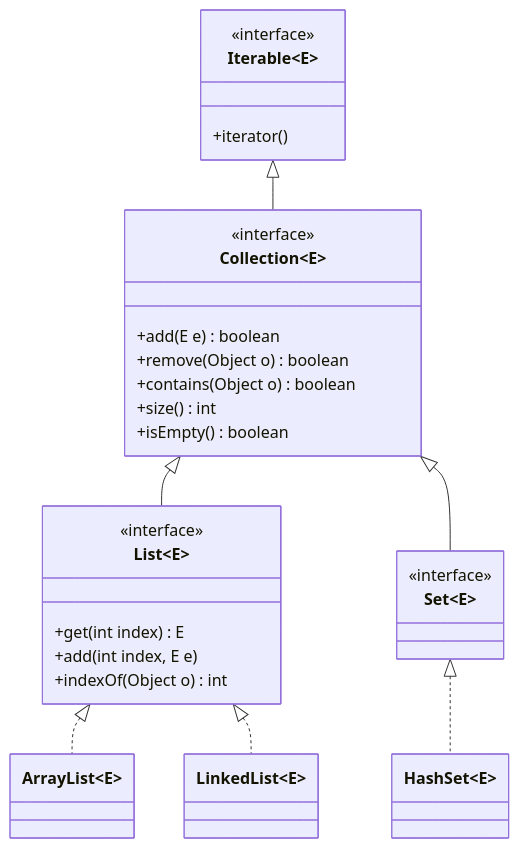
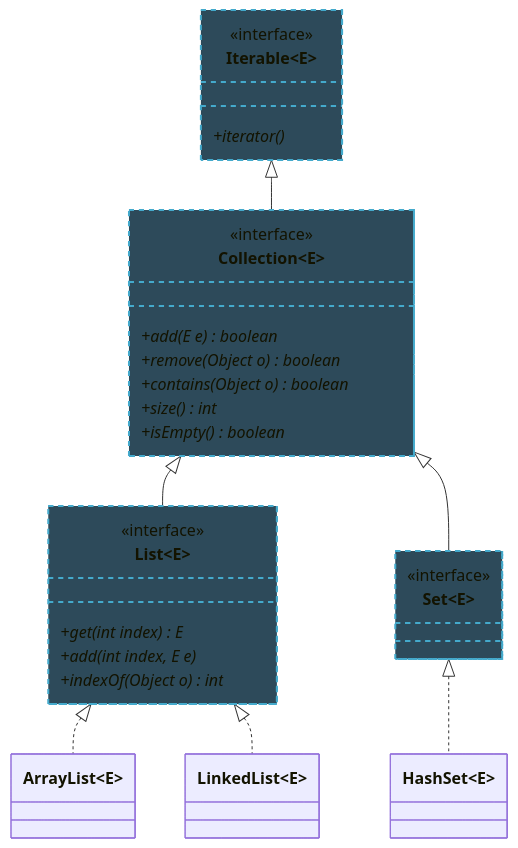
One commit to neu-pdi/cs3100-public-resources changed the second of 3 diagrams in lecture-slides/l3-more-java.mdx. Above: the diagram before and after it, drawn with Mermaid. The commit also changed other lines of this file and 8 other files, not shown here.

````diff
--- a/lecture-slides/l3-more-java.mdx
+++ b/lecture-slides/l3-more-java.mdx
@@ -416,33 +481,38 @@
 ```mermaid
 classDiagram
     class Iterable~E~ {
         <<interface>>
-        +iterator()
+        +iterator()*
     }
     class Collection~E~ {
         <<interface>>
-        +add(E e) boolean
-        +remove(Object o) boolean
-        +contains(Object o) boolean
-        +size() int
-        +isEmpty() boolean
+        +add(E e) boolean*
+        +remove(Object o) boolean*
+        +contains(Object o) boolean*
+        +size() int*
+        +isEmpty() boolean*
     }
     class List~E~ {
         <<interface>>
-        +get(int index) E
-        +add(int index, E e)
-        +indexOf(Object o) int
+        +get(int index) E*
+        +add(int index, E e)*
+        +indexOf(Object o) int*
     }
     class Set~E~ {
         <<interface>>
     }
     class ArrayList~E~
     class LinkedList~E~
     class HashSet~E~
     Iterable <|-- Collection
     Collection <|-- List
     Collection <|-- Set
     List <|.. ArrayList
     List <|.. LinkedList
     Set <|.. HashSet
+
+    style Iterable fill:#2d4a5a,stroke:#4ac,stroke-width:2px,stroke-dasharray: 5 5
+    style Collection fill:#2d4a5a,stroke:#4ac,stroke-width:2px,stroke-dasharray: 5 5
+    style List fill:#2d4a5a,stroke:#4ac,stroke-width:2px,stroke-dasharray: 5 5
+    style Set fill:#2d4a5a,stroke:#4ac,stroke-width:2px,stroke-dasharray: 5 5
 ```
````
